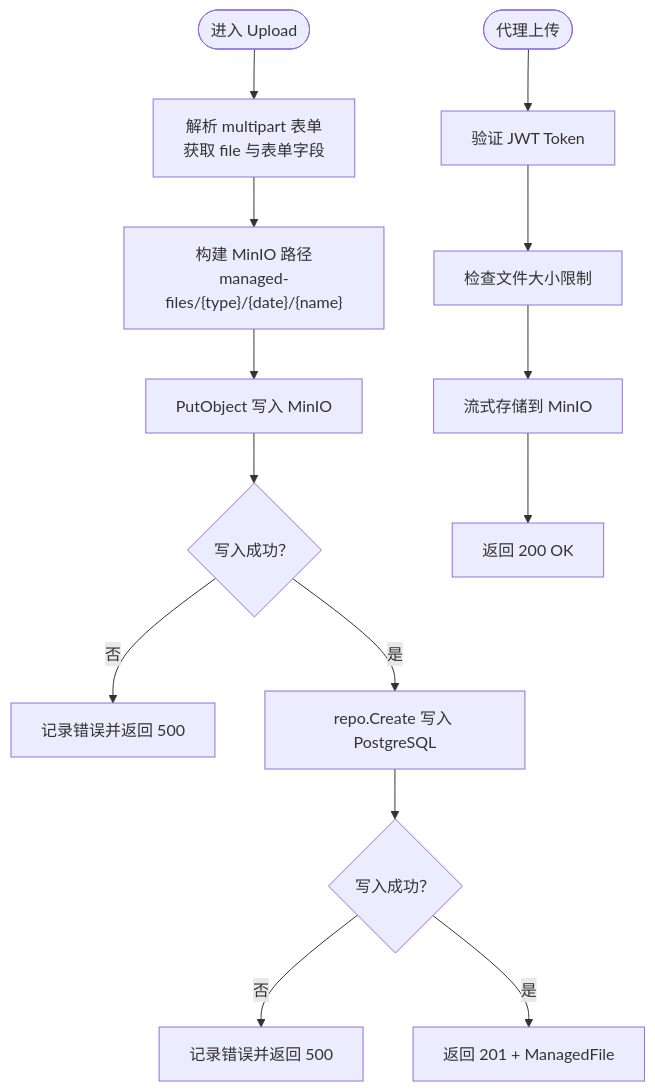
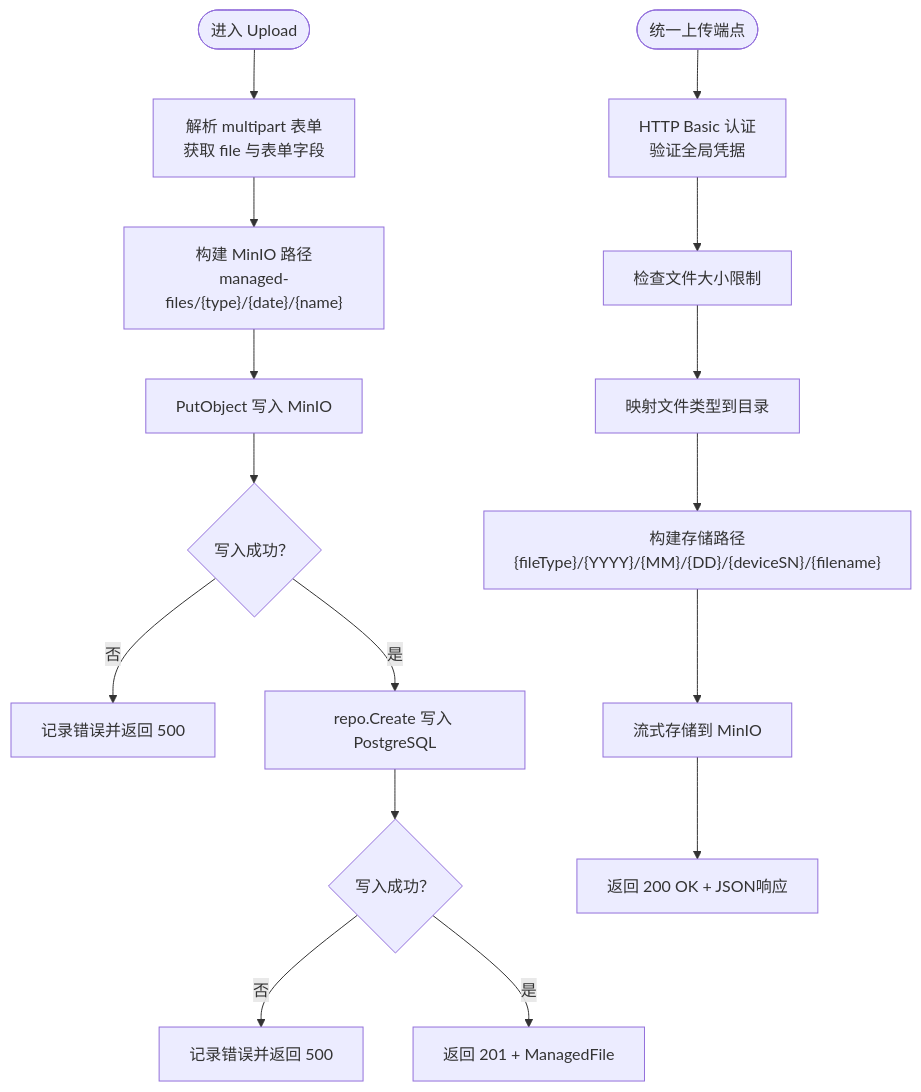
One commit to bixinhaner/xomc changed the third of 11 diagrams in .qoder/repowiki/zh/content/核心模块/文件管理模块/文件管理模块.md. Above: the diagram before and after it, drawn with Mermaid. The commit also changed other lines of this file and 4 other files, not shown here.

````diff
--- a/.qoder/repowiki/zh/content/核心模块/文件管理模块/文件管理模块.md
+++ b/.qoder/repowiki/zh/content/核心模块/文件管理模块/文件管理模块.md
@@ -187,16 +200,18 @@
 ```mermaid
 flowchart TD
 Start(["进入 Upload"]) --> Parse["解析 multipart 表单<br/>获取 file 与表单字段"]
 Parse --> PathBuild["构建 MinIO 路径<br/>managed-files/{type}/{date}/{name}"]
 PathBuild --> PutObj["PutObject 写入 MinIO"]
 PutObj --> PutOK{"写入成功？"}
 PutOK --> |否| ErrPut["记录错误并返回 500"]
 PutOK --> |是| SaveDB["repo.Create 写入 PostgreSQL"]
 SaveDB --> SaveOK{"写入成功？"}
 SaveOK --> |否| ErrDB["记录错误并返回 500"]
 SaveOK --> |是| Done["返回 201 + ManagedFile"]
-Start2(["代理上传"]) --> Token["验证 JWT Token"]
-Token --> SizeCheck["检查文件大小限制"]
-SizeCheck --> Stream["流式存储到 MinIO"]
-Stream --> Success["返回 200 OK"]
+Start2(["统一上传端点"]) --> Auth["HTTP Basic 认证<br/>验证全局凭据"]
+Auth --> SizeCheck["检查文件大小限制"]
+SizeCheck --> TypeMap["映射文件类型到目录"]
+TypeMap --> PathBuild2["构建存储路径<br/>{fileType}/{YYYY}/{MM}/{DD}/{deviceSN}/{filename}"]
+PathBuild2 --> Stream["流式存储到 MinIO"]
+Stream --> Success["返回 200 OK + JSON响应"]
 ```
````
